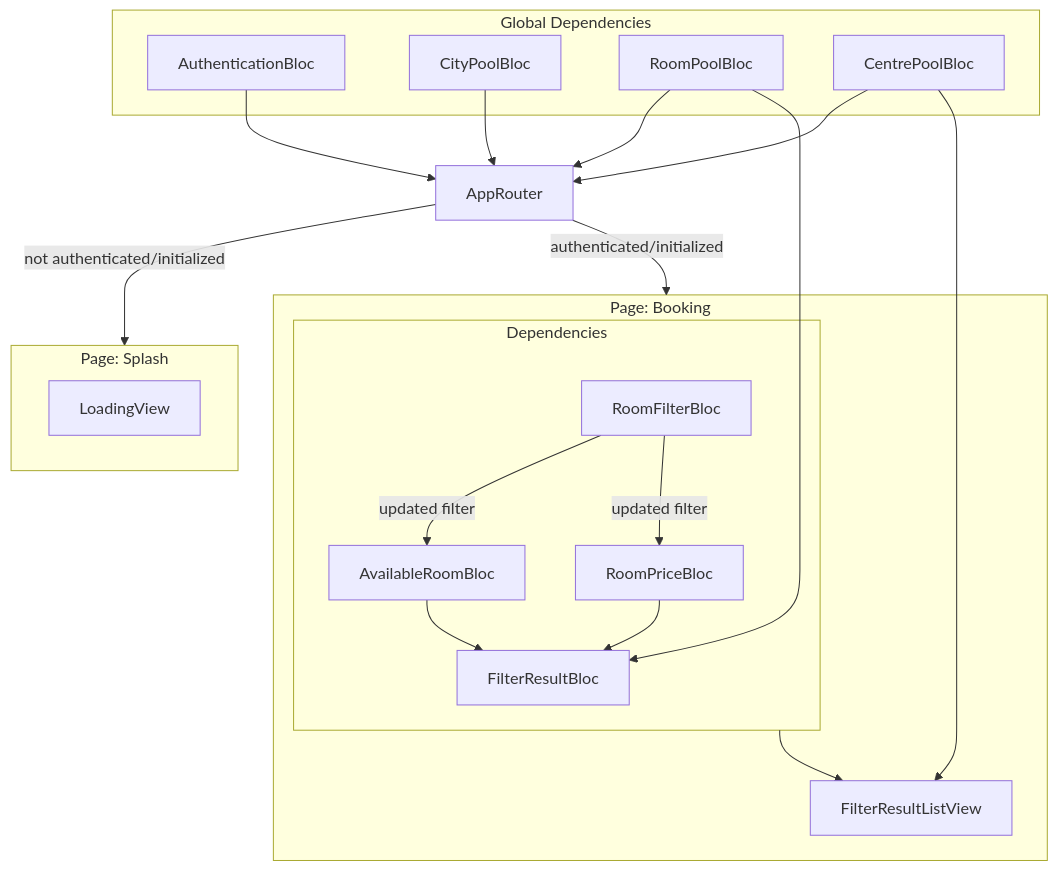
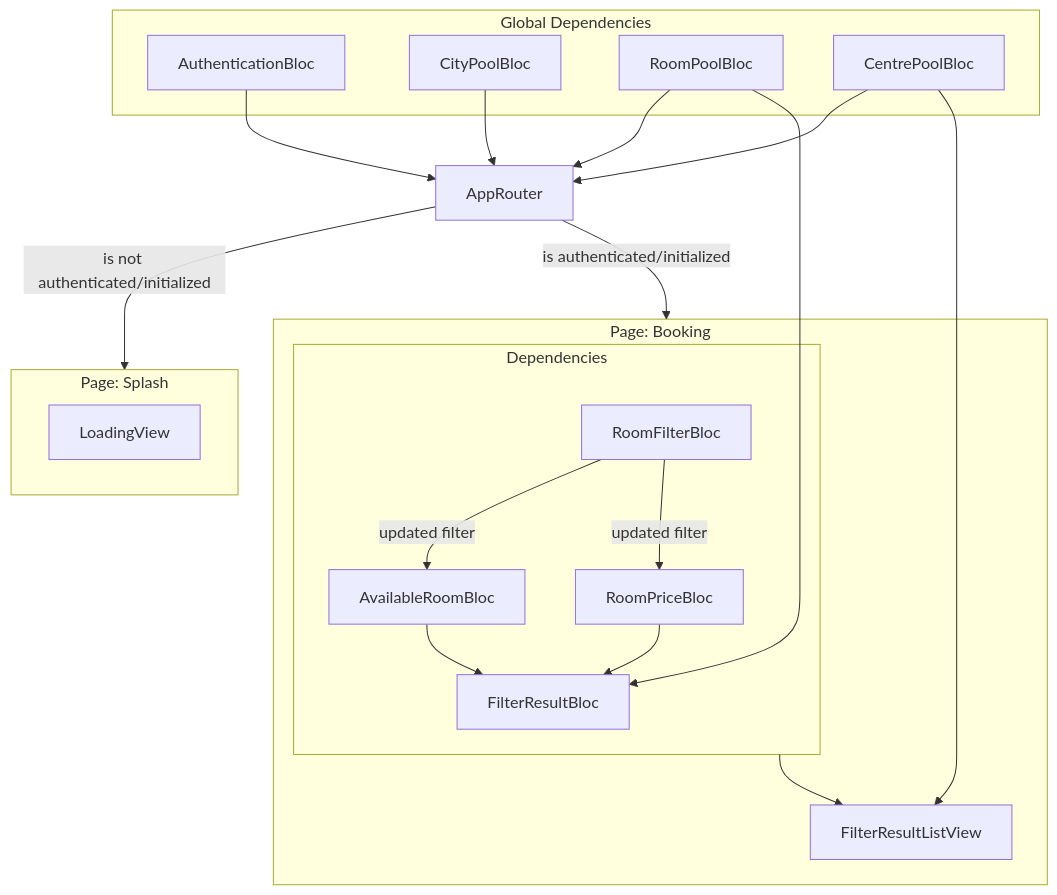
One commit to fewling/MyTec-Code-Test changed the third of 3 diagrams in README.md. Above: the diagram before and after it, drawn with Mermaid. The commit also changed other lines of this file, not shown here.

````diff
--- a/README.md
+++ b/README.md
@@ -454,43 +455,43 @@
 ```mermaid
 flowchart
     subgraph global["Global Dependencies"]
         authenticationBloc["AuthenticationBloc"]
         cityPoolBloc["CityPoolBloc"]
         roomPoolBloc["RoomPoolBloc"]
         centrePoolBloc["CentrePoolBloc"]
     end
 
     appRouter["AppRouter"]
 
     authenticationBloc --> appRouter
     cityPoolBloc --> appRouter
     centrePoolBloc --> appRouter
     roomPoolBloc --> appRouter
 
     subgraph Splash["Page: Splash"]
         loadingView["LoadingView"]
     end
 
     subgraph Booking["Page: Booking"]
         subgraph BookingDependencies["Dependencies"]
             roomFilterBloc["RoomFilterBloc"]
             availableRoomBloc["AvailableRoomBloc"]
             roomPriceBloc["RoomPriceBloc"]
             filterResultBloc["FilterResultBloc"]
         end
 
         filterResultListView["FilterResultListView"]
 
         roomFilterBloc --> | updated filter | availableRoomBloc
         roomFilterBloc --> | updated filter | roomPriceBloc
         roomPoolBloc --> filterResultBloc
         availableRoomBloc --> filterResultBloc
         roomPriceBloc --> filterResultBloc
 
         BookingDependencies ----> filterResultListView
         centrePoolBloc --> filterResultListView
     end
 
-    appRouter --> | not authenticated/initialized | Splash
-    appRouter -->  | authenticated/initialized | Booking
+    appRouter --> | is not authenticated/initialized | Splash
+    appRouter -->  | is authenticated/initialized | Booking
 ```
````
